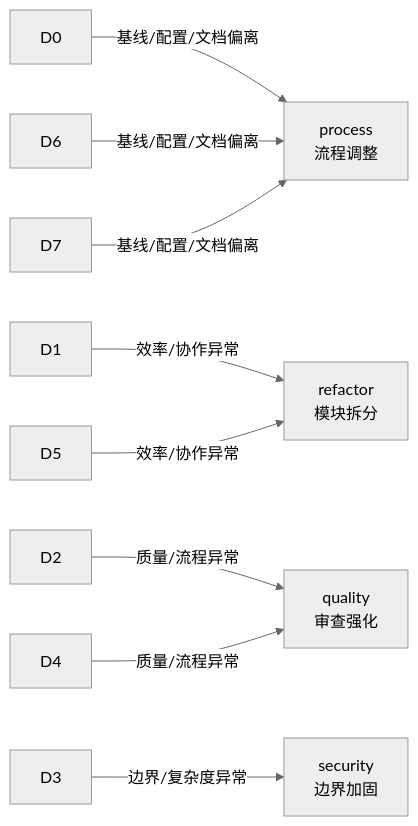
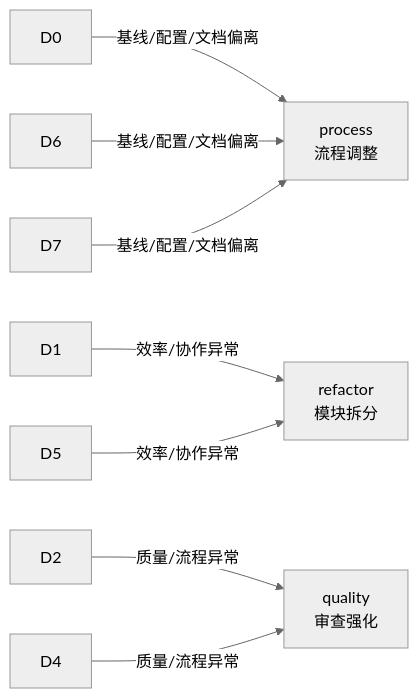
The sixth of 11 diagrams in rules/self-improve.md (effiy/YrY), drawn with Mermaid (neutral theme) before and after one commit. The commit also changed other lines of this file and 91 other files, not shown here.

````diff
--- a/rules/self-improve.md
+++ b/rules/self-improve.md
@@ -135,8 +117,7 @@
 ```mermaid
 flowchart LR
     D0 & D6 & D7 -->|"基线/配置/文档偏离"| PRC["process<br/>流程调整"]:::prop
     D1 & D5 -->|"效率/协作异常"| REF["refactor<br/>模块拆分"]:::prop
     D2 & D4 -->|"质量/流程异常"| QLT["quality<br/>审查强化"]:::prop
-    D3 -->|"边界/复杂度异常"| SEC["security<br/>边界加固"]:::prop
 
 ```
````
